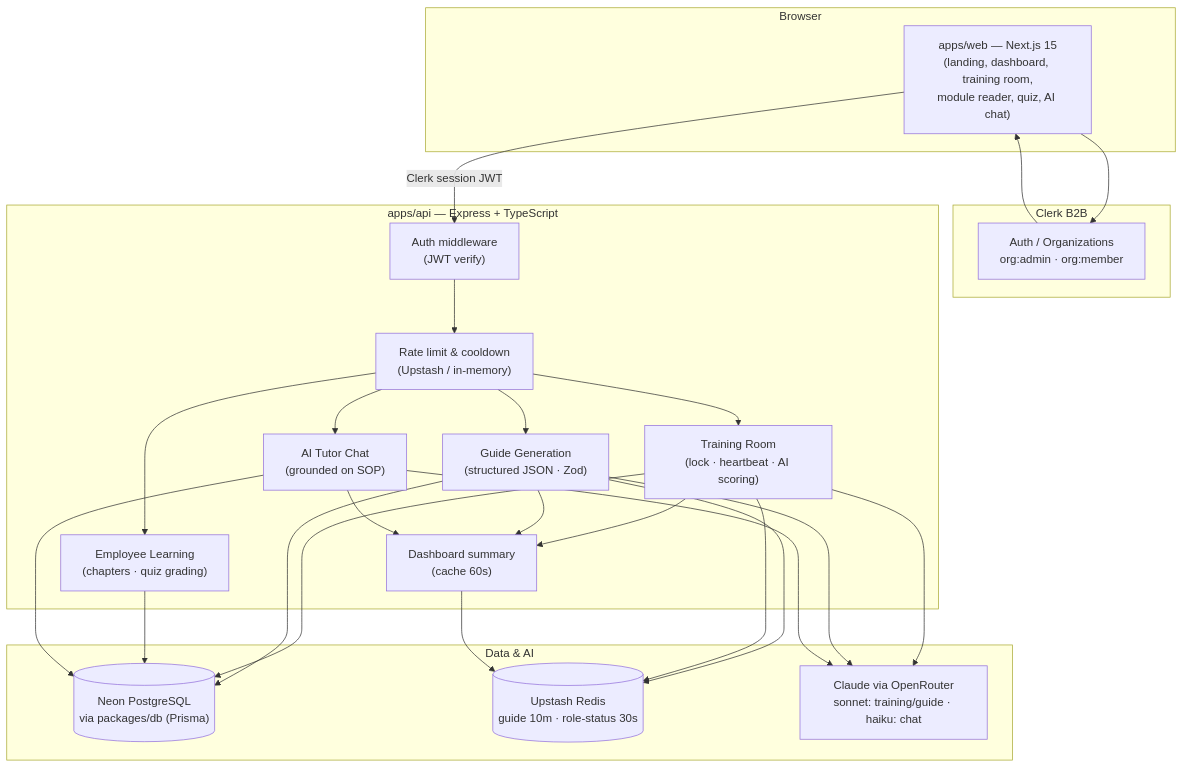
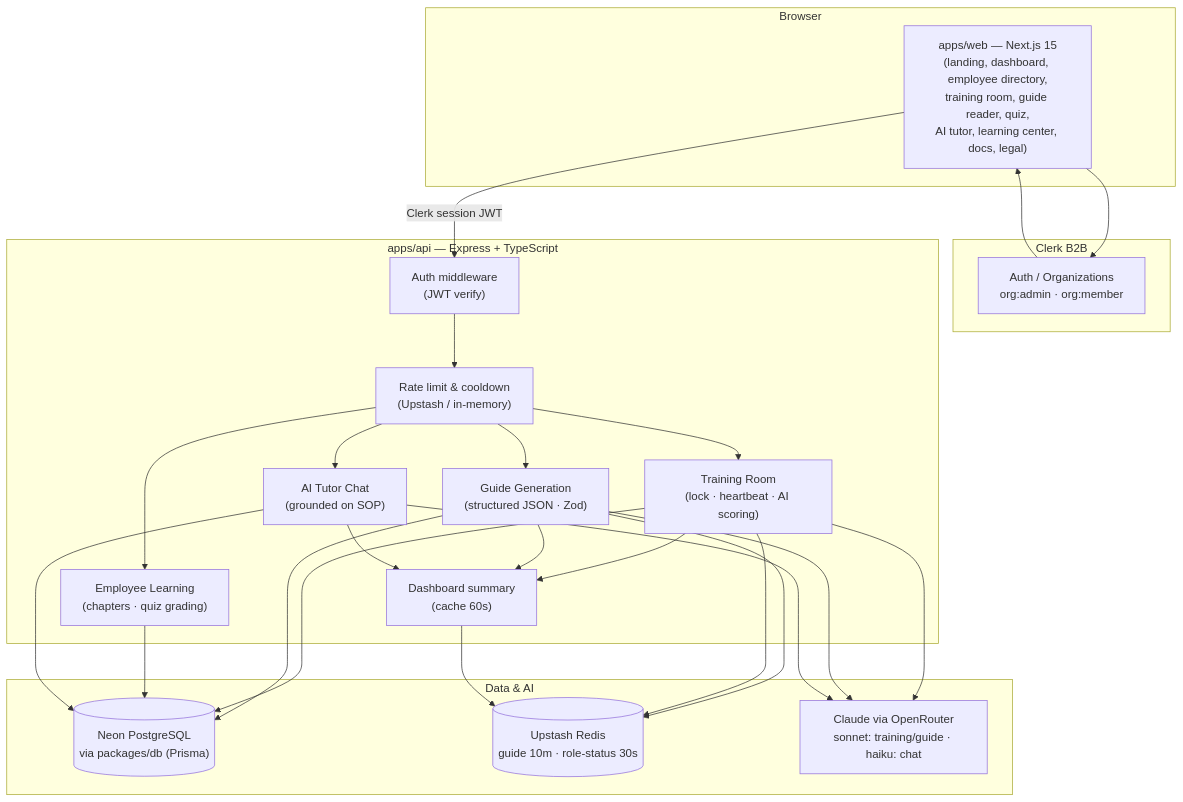
The diagram in README.md (alarixfr/emplobo), drawn with Mermaid before and after one commit. The commit also changed other lines of this file and 51 other files, not shown here.

````diff
--- a/README.md
+++ b/README.md
@@ -176,39 +180,39 @@
 ```mermaid
 flowchart TB
   subgraph Browser["Browser"]
-    W["apps/web — Next.js 15<br/>(landing, dashboard, training room,<br/>module reader, quiz, AI chat)"]
+    W["apps/web — Next.js 15<br/>(landing, dashboard, employee directory,<br/>training room, guide reader, quiz,<br/>AI tutor, learning center, docs, legal)"]
   end
 
   subgraph Clerk["Clerk B2B"]
     CL["Auth / Organizations<br/>org:admin · org:member"]
   end
 
   subgraph API["apps/api — Express + TypeScript"]
     A["Auth middleware<br/>(JWT verify)"]
     RL["Rate limit & cooldown<br/>(Upstash / in-memory)"]
     TR["Training Room<br/>(lock · heartbeat · AI scoring)"]
     GG["Guide Generation<br/>(structured JSON · Zod)"]
     EMP["Employee Learning<br/>(chapters · quiz grading)"]
     CH["AI Tutor Chat<br/>(grounded on SOP)"]
     DBX["Dashboard summary<br/>(cache 60s)"]
   end
 
   subgraph Data["Data & AI"]
     DB[("Neon PostgreSQL<br/>via packages/db (Prisma)")]
     RC[("Upstash Redis<br/>guide 10m · role-status 30s")]
     AI["Claude via OpenRouter<br/>sonnet: training/guide · haiku: chat"]
   end
 
   W -->|Clerk session JWT| A
   W --> CL
   CL --> W
   A --> RL
   RL --> TR & GG & EMP & CH
   TR --> AI
   GG --> AI
   CH --> AI
   TR & GG & CH --> DBX
   TR & GG & EMP & CH --> DB
   GG & TR --> RC
   DBX --> RC
 ```
````
